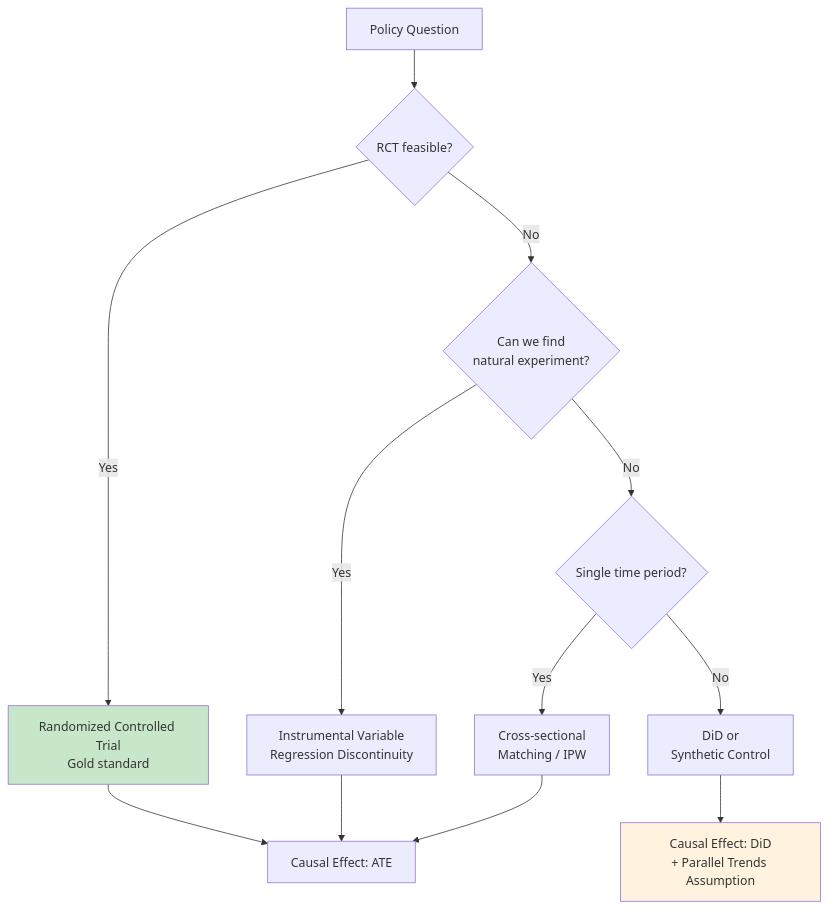
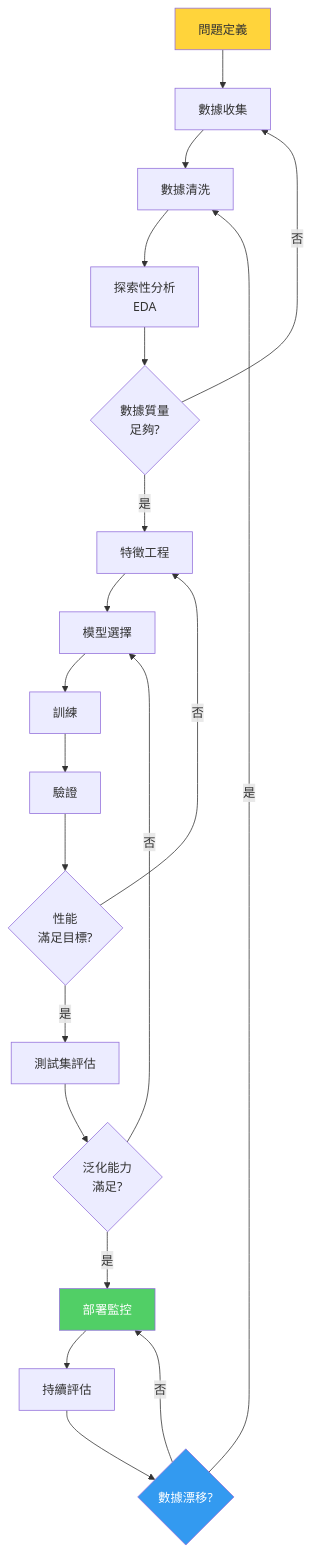
One commit to yip-lgtm/civil-bootcamp changed the second of 5 diagrams in MIT_CEE_Core/Track_3_Energy_Transportation_Societal_Systems/Energy_Systems/05_1.C51_ML_Sustainable_Systems_Grad.md. Above: the diagram before and after it, drawn with Mermaid. The commit also changed other lines of this file and 8 other files, not shown here.

````diff
--- a/MIT_CEE_Core/Track_3_Energy_Transportation_Societal_Systems/Energy_Systems/05_1.C51_ML_Sustainable_Systems_Grad.md
+++ b/MIT_CEE_Core/Track_3_Energy_Transportation_Societal_Systems/Energy_Systems/05_1.C51_ML_Sustainable_Systems_Grad.md
@@ -270,16 +751,26 @@
 ```mermaid
 flowchart TD
-    A[Policy Question] --> B{RCT feasible?}
-    B -->|Yes| C[Randomized Controlled Trial<br/>Gold standard]
-    B -->|No| D{Can we find<br/>natural experiment?}
-    D -->|Yes| E[Instrumental Variable<br/>Regression Discontinuity]
-    D -->|No| F{Single time period?}
-    F -->|Yes| G[Cross-sectional<br/>Matching / IPW]
-    F -->|No| H[DiD or<br/>Synthetic Control]
-    C --> I[Causal Effect: ATE]
-    E --> I
-    G --> I
-    H --> J[Causal Effect: DiD<br/>+ Parallel Trends Assumption]
-    style C fill:#c8e6c9
-    style J fill:#fff3e0
+    A[問題定義] --> B[數據收集]
+    B --> C[數據清洗]
+    C --> D[探索性分析<br/>EDA]
+    D --> E{數據質量<br/>足夠?}
+    E -->|否| B
+    E -->|是| F[特徵工程]
+    F --> G[模型選擇]
+    G --> H[訓練]
+    H --> I[驗證]
+    I --> J{性能<br/>滿足目標?}
+    J -->|否| F
+    J -->|是| K[測試集評估]
+    K --> L{泛化能力<br/>滿足?}
+    L -->|否| G
+    L -->|是| M[部署監控]
+    M --> N[持續評估]
+    N --> O{數據漂移?}
+    O -->|是| C
+    O -->|否| M
+    
+    style A fill:#ffd43b
+    style M fill:#51cf66,color:#fff
+    style O fill:#339af0,color:#fff
 ```
````
